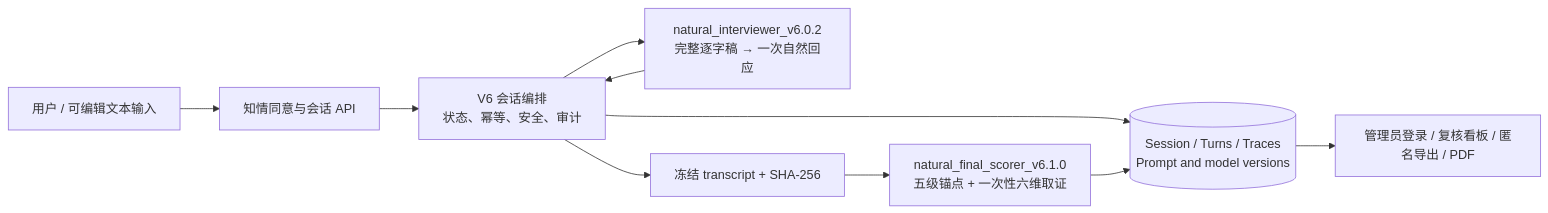
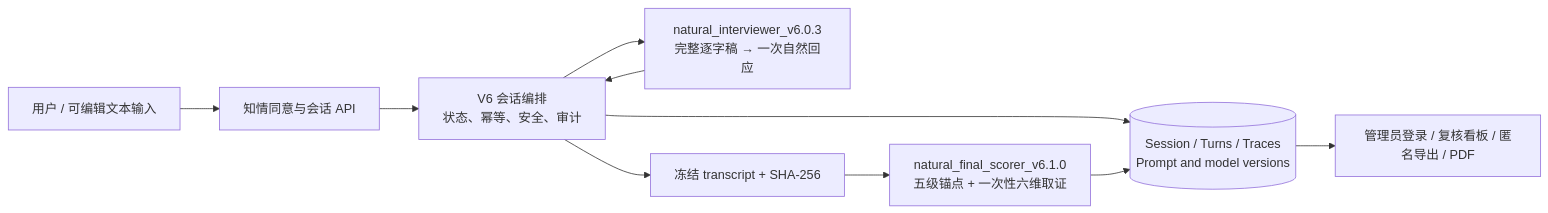
The first of 2 diagrams in docs/ARCHITECTURE.md (aBcDd-zm/critical-thinking-assessment-v6), drawn with Mermaid before and after one commit. The commit also changed other lines of this file and 11 other files, not shown here.

````diff
--- a/docs/ARCHITECTURE.md
+++ b/docs/ARCHITECTURE.md
@@ -5,12 +5,12 @@
 ```mermaid
 flowchart LR
     U["用户 / 可编辑文本输入"] --> C["知情同意与会话 API"]
     C --> S["V6 会话编排\n状态、幂等、安全、审计"]
-    S --> I["natural_interviewer_v6.0.2\n完整逐字稿 → 一次自然回应"]
+    S --> I["natural_interviewer_v6.0.3\n完整逐字稿 → 一次自然回应"]
     I --> S
     S --> D[("Session / Turns / Traces\nPrompt and model versions")]
     S --> F["冻结 transcript + SHA-256"]
     F --> R["natural_final_scorer_v6.1.0\n五级锚点 + 一次性六维取证"]
     R --> D
     D --> A["管理员登录 / 复核看板 / 匿名导出 / PDF"]
 ```
````
